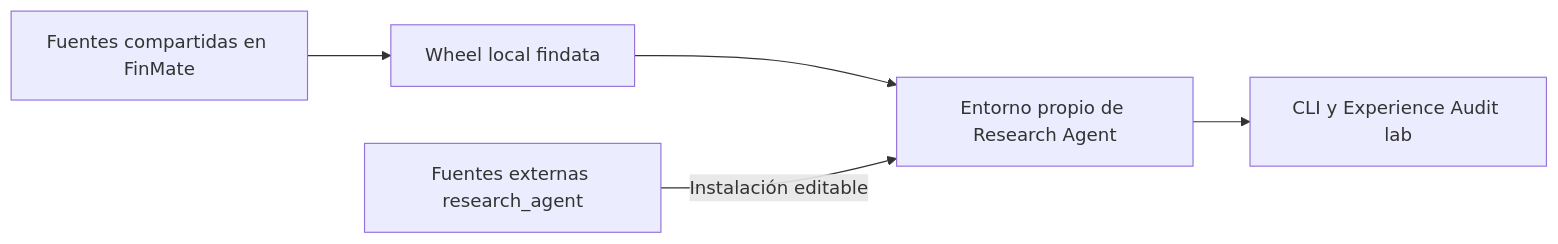
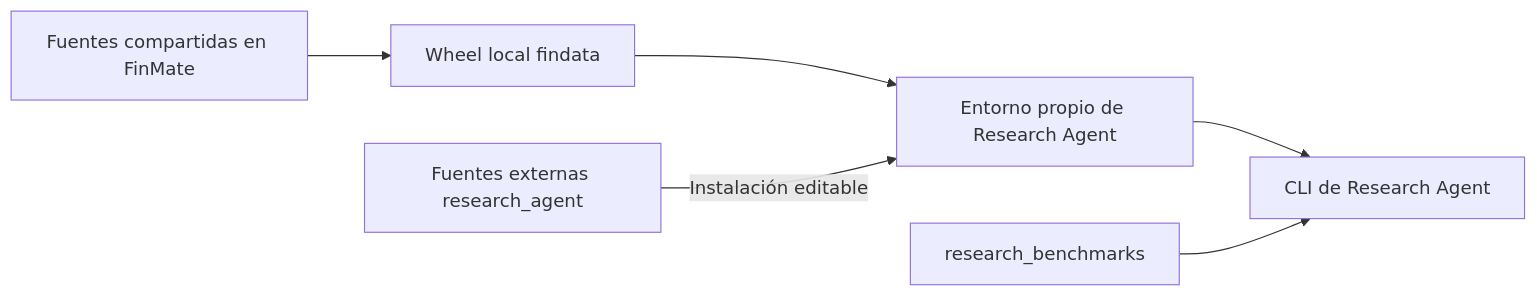
Before and after one commit to dcanocoro/research_agent: the diagram in docs/development.md, drawn with Mermaid. The commit also changed other lines of this file and 34 other files, not shown here.

````diff
--- a/docs/development.md
+++ b/docs/development.md
@@ -19,7 +20,8 @@
 ```mermaid
 flowchart LR
     F[Fuentes compartidas en FinMate] --> W[Wheel local findata]
     W --> V[Entorno propio de Research Agent]
     R[Fuentes externas research_agent] -->|Instalación editable| V
-    V --> A[CLI y Experience Audit lab]
+    V --> A[CLI de Research Agent]
+    B[research_benchmarks] --> A
 ```
````
